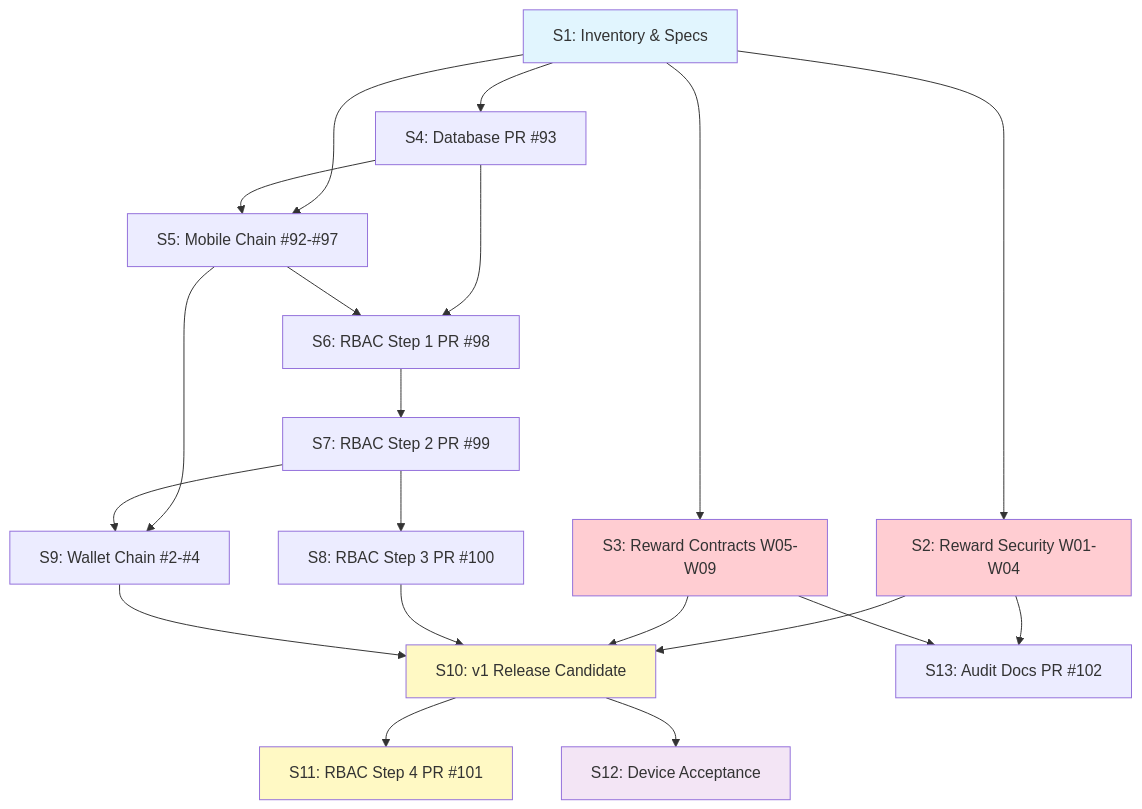
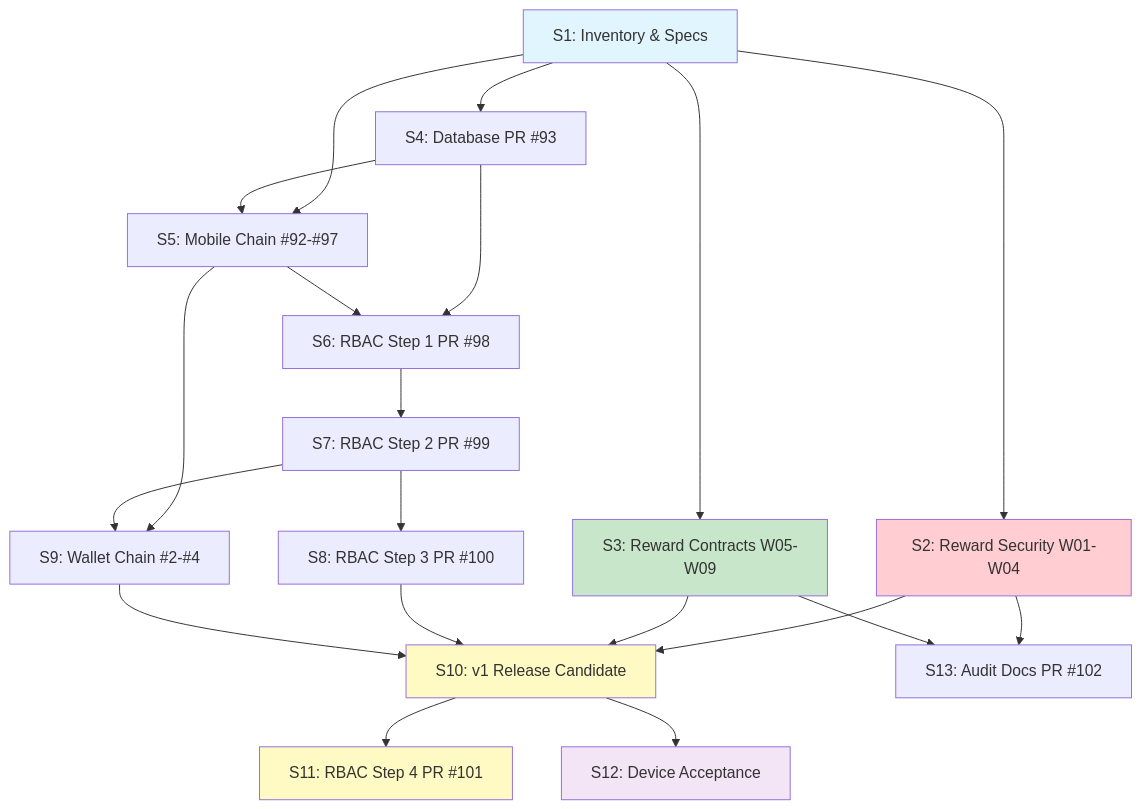
One commit to SM-Web-Systems/lms-crypto-production changed the diagram in docs/release/STAGED-ROLLOUT-INDEX.md. Above: the diagram before and after it, drawn with Mermaid. The commit also changed other lines of this file and 1 other file, not shown here.

````diff
--- a/docs/release/STAGED-ROLLOUT-INDEX.md
+++ b/docs/release/STAGED-ROLLOUT-INDEX.md
@@ -89,29 +89,29 @@
 ```mermaid
 flowchart TD
     S1["S1: Inventory & Specs"] --> S2["S2: Reward Security W01-W04"]
     S1 --> S3["S3: Reward Contracts W05-W09"]
     S1 --> S4["S4: Database PR #93"]
     S1 --> S5["S5: Mobile Chain #92-#97"]
     S2 --> S10["S10: v1 Release Candidate"]
     S3 --> S10
     S4 --> S5
     S4 --> S6["S6: RBAC Step 1 PR #98"]
     S5 --> S6
     S6 --> S7["S7: RBAC Step 2 PR #99"]
     S7 --> S8["S8: RBAC Step 3 PR #100"]
     S5 --> S9["S9: Wallet Chain #2-#4"]
     S7 --> S9
     S8 --> S10
     S9 --> S10
     S10 --> S11["S11: RBAC Step 4 PR #101"]
     S10 --> S12["S12: Device Acceptance"]
     S2 --> S13["S13: Audit Docs PR #102"]
     S3 --> S13
     
     style S1 fill:#e1f5fe
     style S2 fill:#ffcdd2
-    style S3 fill:#ffcdd2
+    style S3 fill:#c8e6c9
     style S10 fill:#fff9c4
     style S11 fill:#fff9c4
     style S12 fill:#f3e5f5
 ```
````
